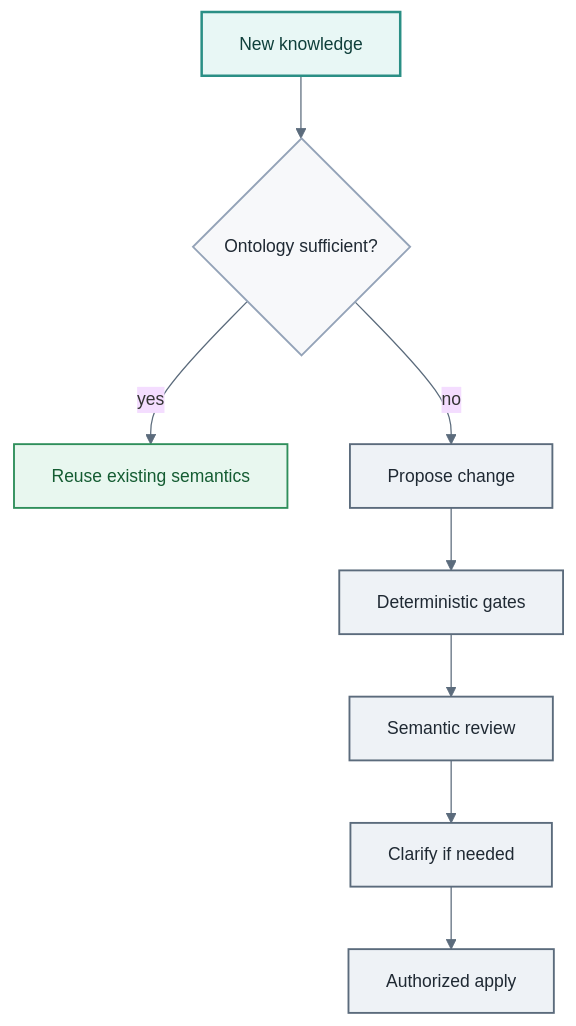
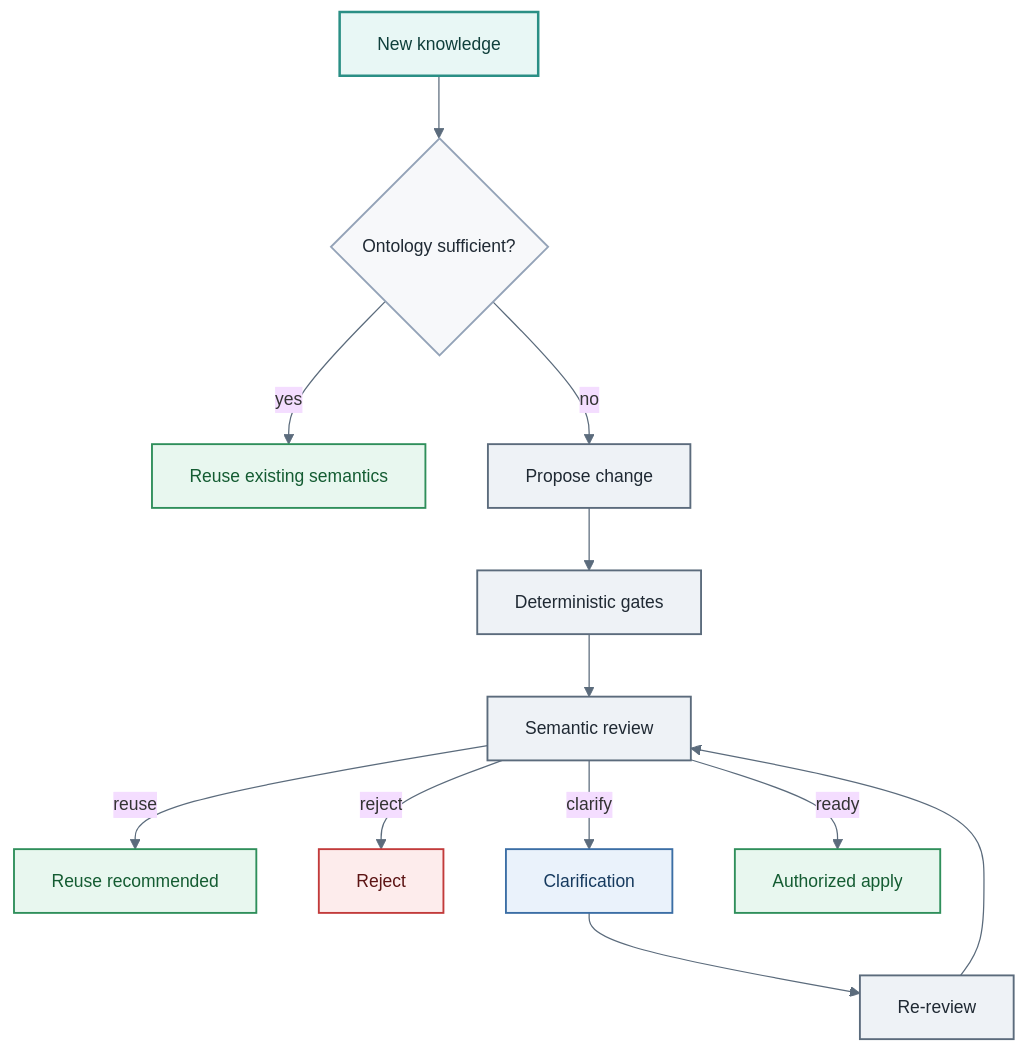
The fourth of 6 diagrams in README.md (didac-crst/AtlasSynapse), drawn with Mermaid before and after one commit. The commit also changed other lines of this file and 5 other files, not shown here.

First line of the commit message:
docs: polish narrative claims, license, and roadmap provenance

````diff
--- a/README.md
+++ b/README.md
@@ -266,20 +264,28 @@
 ```mermaid
 %%{init: {"theme":"base","themeVariables":{"fontFamily":"ui-sans-serif, system-ui, sans-serif","fontSize":"14px","lineColor":"#5B6B7C"}}}%%
 flowchart TD
   nk[New knowledge] --> enough{Ontology sufficient?}
   enough -->|yes| reuse[Reuse existing semantics]
   enough -->|no| propose[Propose change]
   propose --> gates[Deterministic gates]
   gates --> review[Semantic review]
-  review --> clarify[Clarify if needed]
-  clarify --> apply[Authorized apply]
+  review -->|reuse| reuseExisting[Reuse recommended]
+  review -->|reject| rejectSem[Reject]
+  review -->|clarify| clarify[Clarification]
+  clarify --> rereview[Re-review]
+  rereview --> review
+  review -->|ready| apply[Authorized apply]
 
   classDef start fill:#E8F7F5,stroke:#2A8F85,color:#0F3F3B,stroke-width:2px
   classDef process fill:#EEF2F6,stroke:#5B6B7C,color:#1F2933,stroke-width:1.5px
   classDef decision fill:#F7F8FA,stroke:#94A3B8,color:#1F2933,stroke-width:1.5px
   classDef ok fill:#E8F7EF,stroke:#2F8F5B,color:#145C32,stroke-width:1.5px
+  classDef reject fill:#FDECEC,stroke:#C23B3B,color:#5C1414,stroke-width:1.5px
+  classDef clarifyNode fill:#EAF2FB,stroke:#3B6EA5,color:#163A5F,stroke-width:1.5px
   class nk start
   class enough decision
-  class reuse ok
-  class propose,gates,review,clarify,apply process
+  class reuse,reuseExisting,apply ok
+  class propose,gates,review,rereview process
+  class rejectSem reject
+  class clarify clarifyNode
 ```
````
